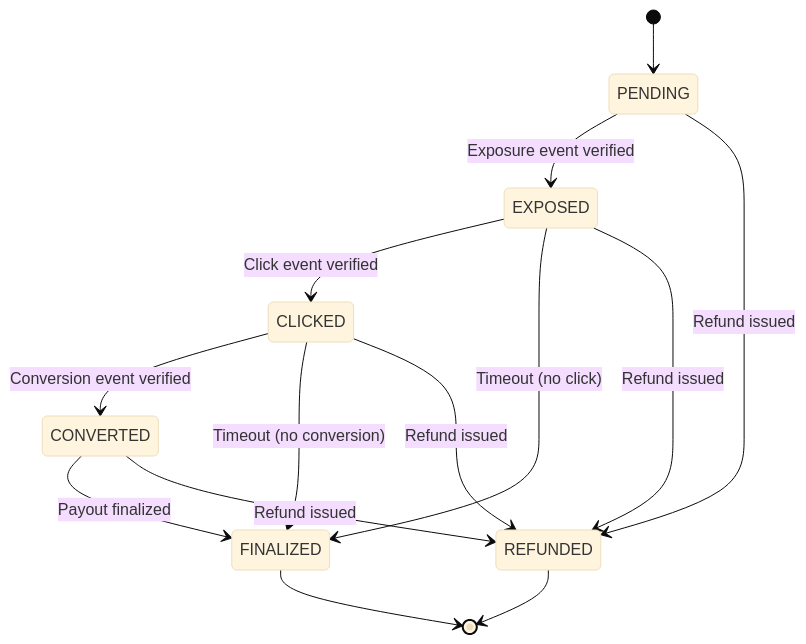
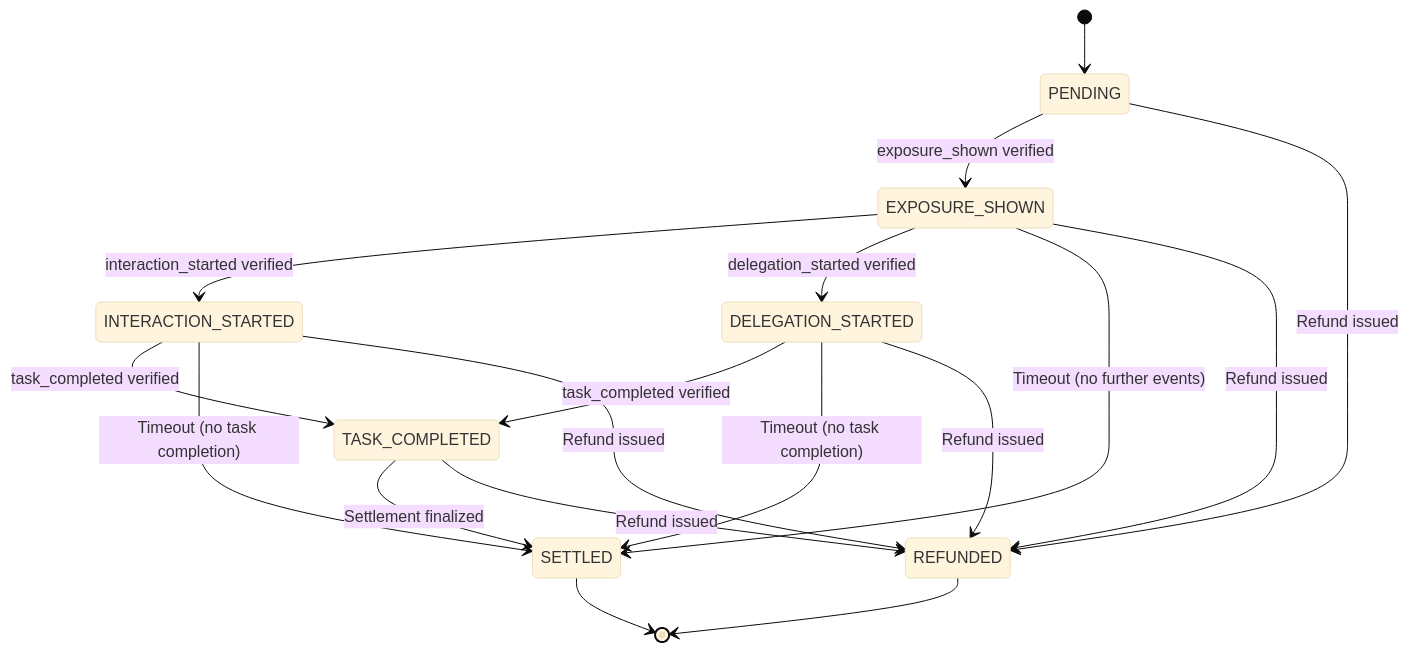
The diagram in state-machine.mdx (GouniManikumar12/mintlify-docs), drawn with Mermaid (base theme) before and after one commit. The commit also changed other lines of this file and 50 other files, not shown here.

````diff
--- a/state-machine.mdx
+++ b/state-machine.mdx
@@ -33,16 +33,20 @@
 ```mermaid
 stateDiagram-v2
     [*] --> PENDING
-    PENDING --> EXPOSED: Exposure event verified
-    EXPOSED --> CLICKED: Click event verified
-    CLICKED --> CONVERTED: Conversion event verified
-    CONVERTED --> FINALIZED: Payout finalized
-    EXPOSED --> FINALIZED: Timeout (no click)
-    CLICKED --> FINALIZED: Timeout (no conversion)
+    PENDING --> EXPOSURE_SHOWN: exposure_shown verified
+    EXPOSURE_SHOWN --> INTERACTION_STARTED: interaction_started verified
+    EXPOSURE_SHOWN --> DELEGATION_STARTED: delegation_started verified
+    INTERACTION_STARTED --> TASK_COMPLETED: task_completed verified
+    DELEGATION_STARTED --> TASK_COMPLETED: task_completed verified
+    TASK_COMPLETED --> SETTLED: Settlement finalized
+    EXPOSURE_SHOWN --> SETTLED: Timeout (no further events)
+    INTERACTION_STARTED --> SETTLED: Timeout (no task completion)
+    DELEGATION_STARTED --> SETTLED: Timeout (no task completion)
     PENDING --> REFUNDED: Refund issued
-    EXPOSED --> REFUNDED: Refund issued
-    CLICKED --> REFUNDED: Refund issued
-    CONVERTED --> REFUNDED: Refund issued
-    FINALIZED --> [*]
+    EXPOSURE_SHOWN --> REFUNDED: Refund issued
+    INTERACTION_STARTED --> REFUNDED: Refund issued
+    DELEGATION_STARTED --> REFUNDED: Refund issued
+    TASK_COMPLETED --> REFUNDED: Refund issued
+    SETTLED --> [*]
     REFUNDED --> [*]
 ```
````
